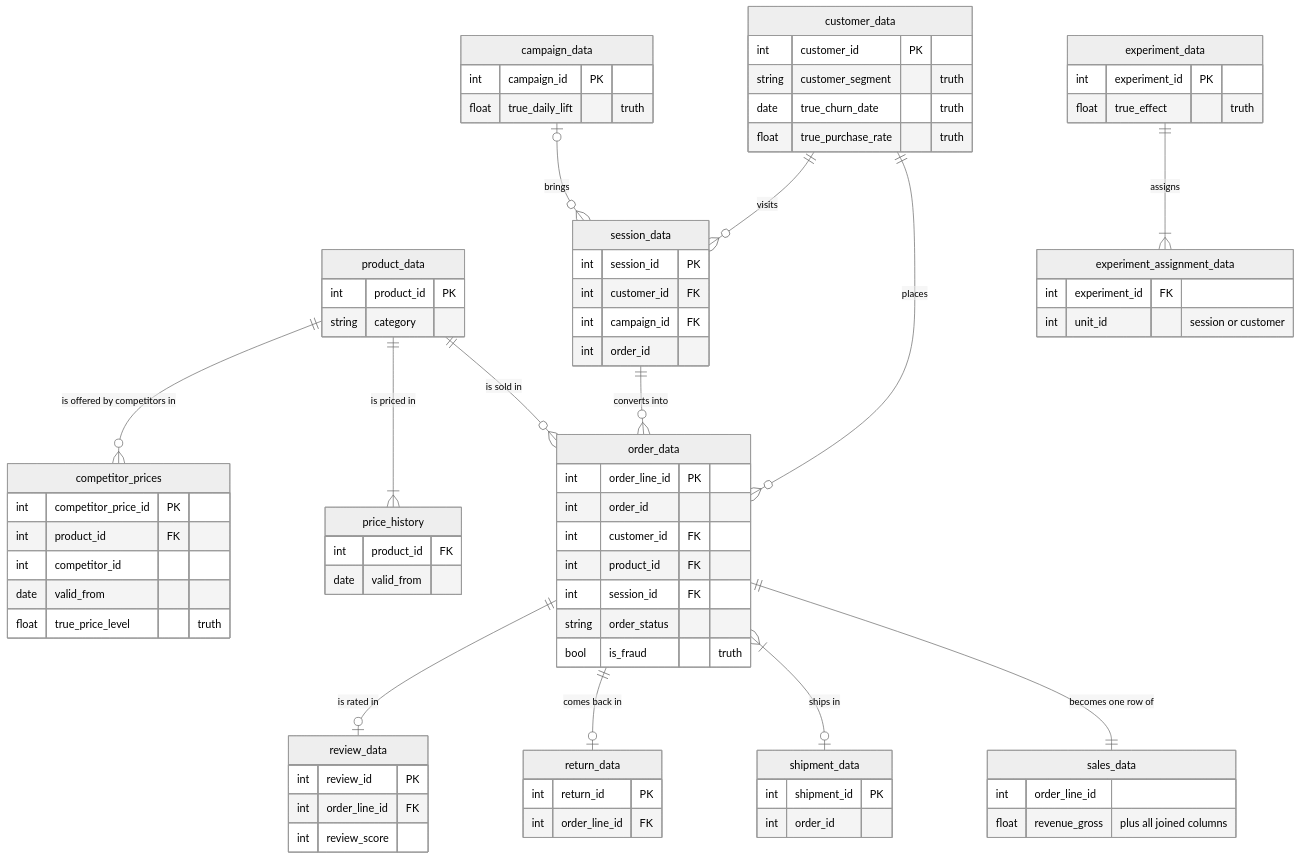
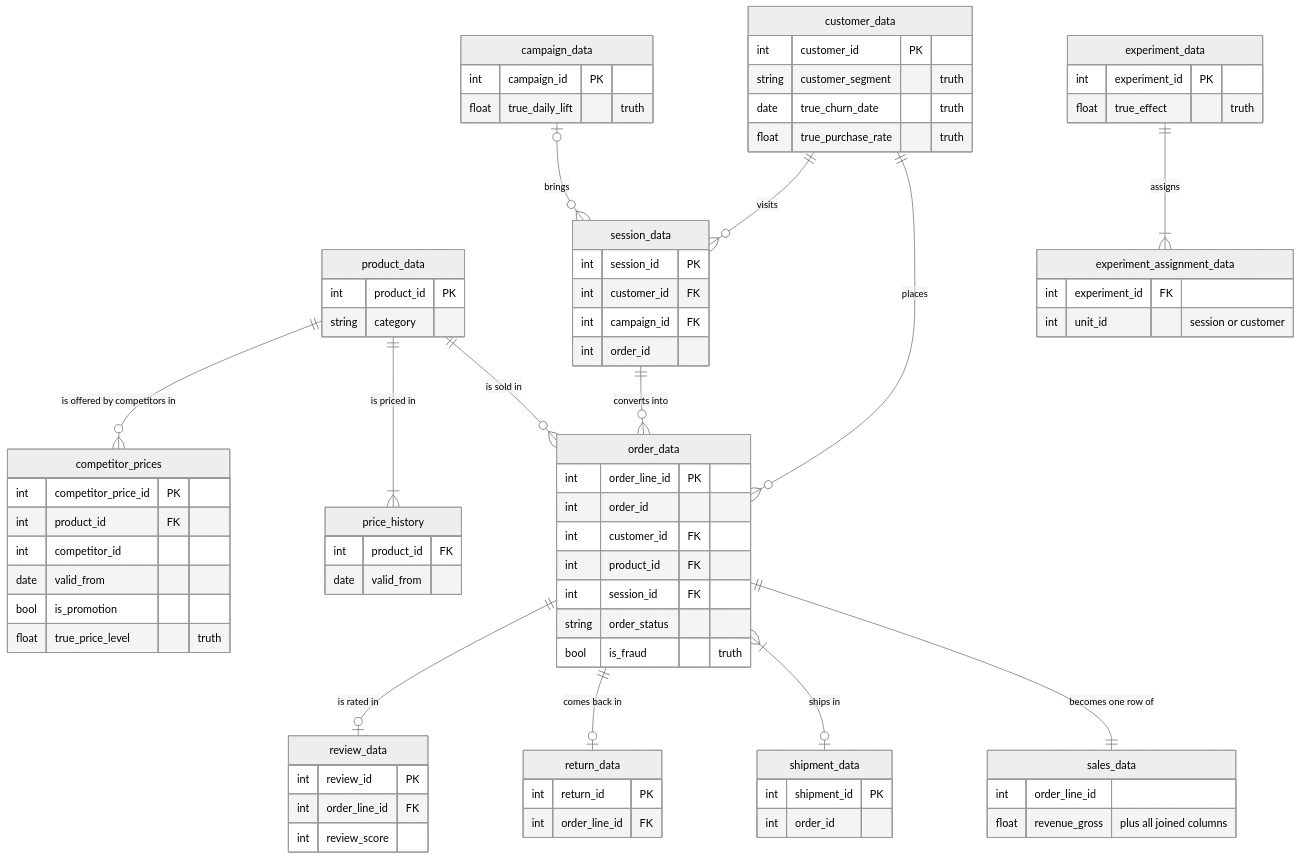
Before and after one commit to tlabedzki/Data-Generator: the diagram in docs/data-model.md, drawn with Mermaid (neutral theme). The commit also changed 11 other files, not shown here.

````diff
--- a/docs/data-model.md
+++ b/docs/data-model.md
@@ -6,80 +6,81 @@
 ```mermaid
 erDiagram
     customer_data ||--o{ order_data : places
     product_data ||--o{ order_data : "is sold in"
     product_data ||--|{ price_history : "is priced in"
     product_data ||--o{ competitor_prices : "is offered by competitors in"
     order_data ||--|| sales_data : "becomes one row of"
     order_data }|--o| shipment_data : "ships in"
     order_data ||--o| return_data : "comes back in"
     order_data ||--o| review_data : "is rated in"
     customer_data ||--o{ session_data : visits
     campaign_data |o--o{ session_data : brings
     session_data ||--o{ order_data : "converts into"
     experiment_data ||--|{ experiment_assignment_data : assigns
     customer_data {
         int customer_id PK
         string customer_segment "truth"
         date true_churn_date "truth"
         float true_purchase_rate "truth"
     }
     product_data {
         int product_id PK
         string category
     }
     order_data {
         int order_line_id PK
         int order_id
         int customer_id FK
         int product_id FK
         int session_id FK
         string order_status
         bool is_fraud "truth"
     }
     sales_data {
         int order_line_id
         float revenue_gross "plus all joined columns"
     }
     price_history {
         int product_id FK
         date valid_from
     }
     competitor_prices {
         int competitor_price_id PK
         int product_id FK
         int competitor_id
         date valid_from
+        bool is_promotion
         float true_price_level "truth"
     }
     shipment_data {
         int shipment_id PK
         int order_id
     }
     return_data {
         int return_id PK
         int order_line_id FK
     }
     review_data {
         int review_id PK
         int order_line_id FK
         int review_score
     }
     campaign_data {
         int campaign_id PK
         float true_daily_lift "truth"
     }
     session_data {
         int session_id PK
         int customer_id FK
         int campaign_id FK
         int order_id
     }
     experiment_data {
         int experiment_id PK
         float true_effect "truth"
     }
     experiment_assignment_data {
         int experiment_id FK
         int unit_id "session or customer"
     }
 ```
````
